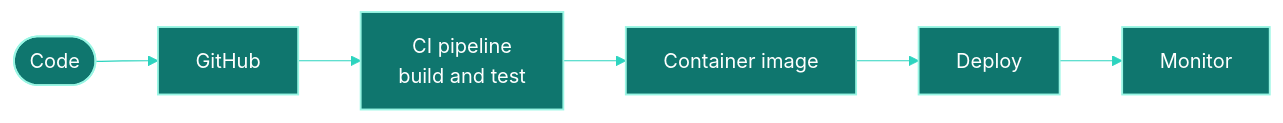
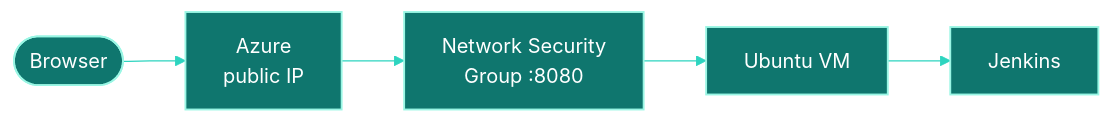
Before and after one commit to shraddha-24-dev/Readme.md: the diagram in README.md, drawn with Mermaid. The commit also changed other lines of this file, not shown here.

````diff
--- a/README.md
+++ b/README.md
@@ -78,7 +79,7 @@
 ```mermaid
 %%{init: {'theme':'base','themeVariables':{'fontFamily':'Inter, ui-sans-serif, system-ui, sans-serif','lineColor':'#2DD4BF','textColor':'#E2E8F0','primaryTextColor':'#FFFFFF'}}}%%
 flowchart LR
-  DEV(["Code"]) --> GH["GitHub"] --> CI["CI pipeline<br/>build and test"] --> IMG["Container image"] --> DEP["Deploy"] --> MON["Monitor"]
+  B(["Browser"]) --> IP["Azure<br/>public IP"] --> NSG["Network Security<br/>Group :8080"] --> VM["Ubuntu VM"] --> J["Jenkins"]
 classDef node fill:#0F766E,stroke:#99F6E4,color:#FFF,stroke-width:1.5px
-class DEV,GH,CI,IMG,DEP,MON node
+class B,IP,NSG,VM,J node
 ```
````
